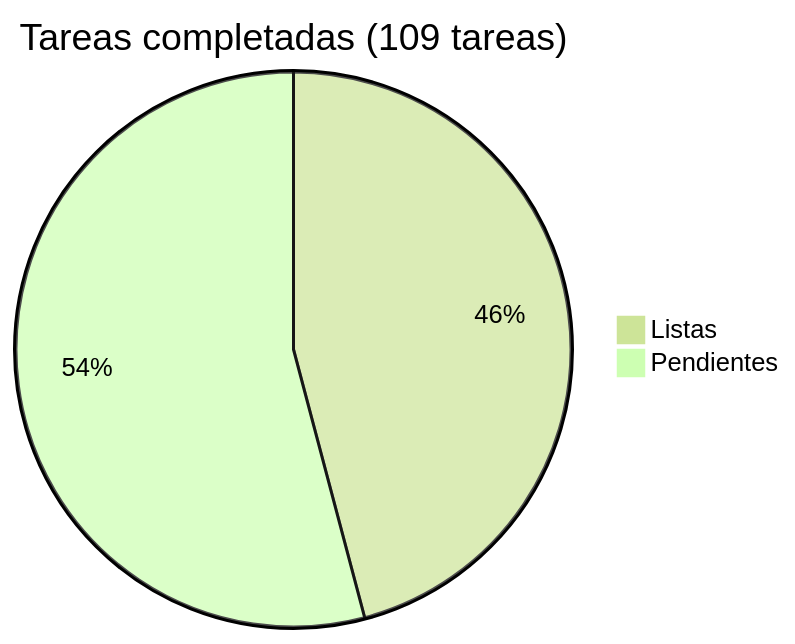
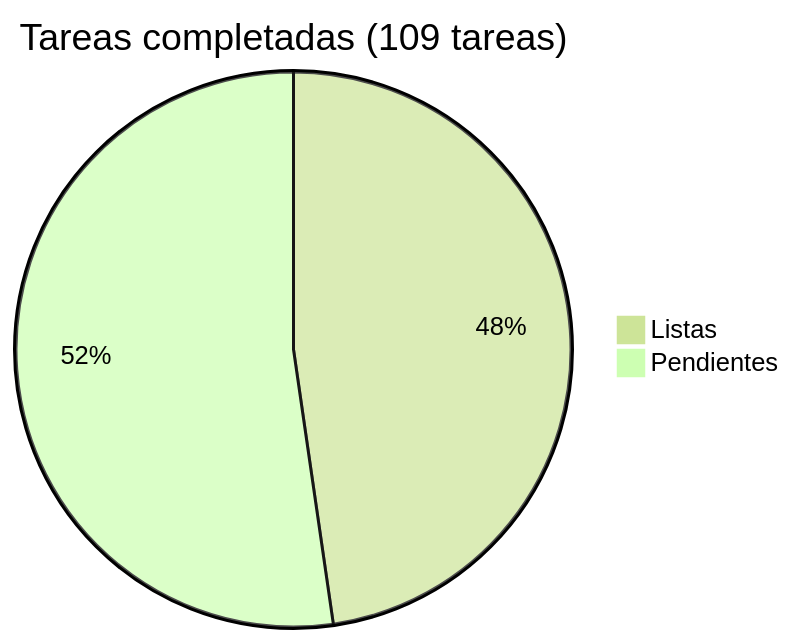
Before and after one commit to araguaney-lat/araguaney: the diagram in docs/roadmap/README.md, drawn with Mermaid (forest theme). The commit also changed other lines of this file and 1 other file, not shown here.

Commit message:
docs: mark Phase 4 tasks 23-24 done (Home + Login UI)

````diff
--- a/docs/roadmap/README.md
+++ b/docs/roadmap/README.md
@@ -5,5 +5,5 @@
 ```mermaid
 pie title Tareas completadas (109 tareas)
-    "Listas" : 50
-    "Pendientes" : 59
+    "Listas" : 52
+    "Pendientes" : 57
 ```
````
